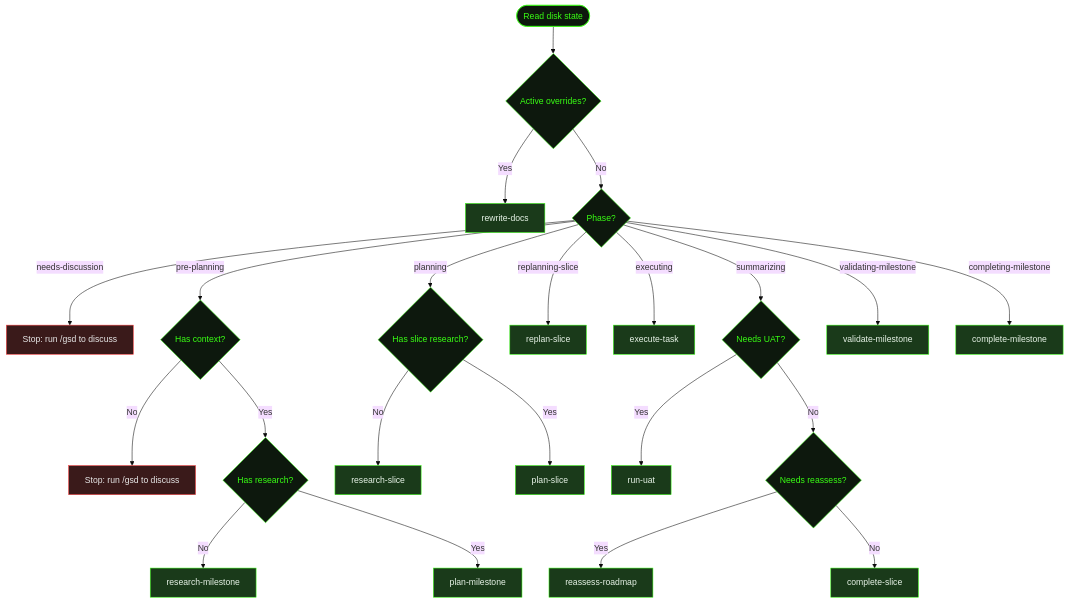
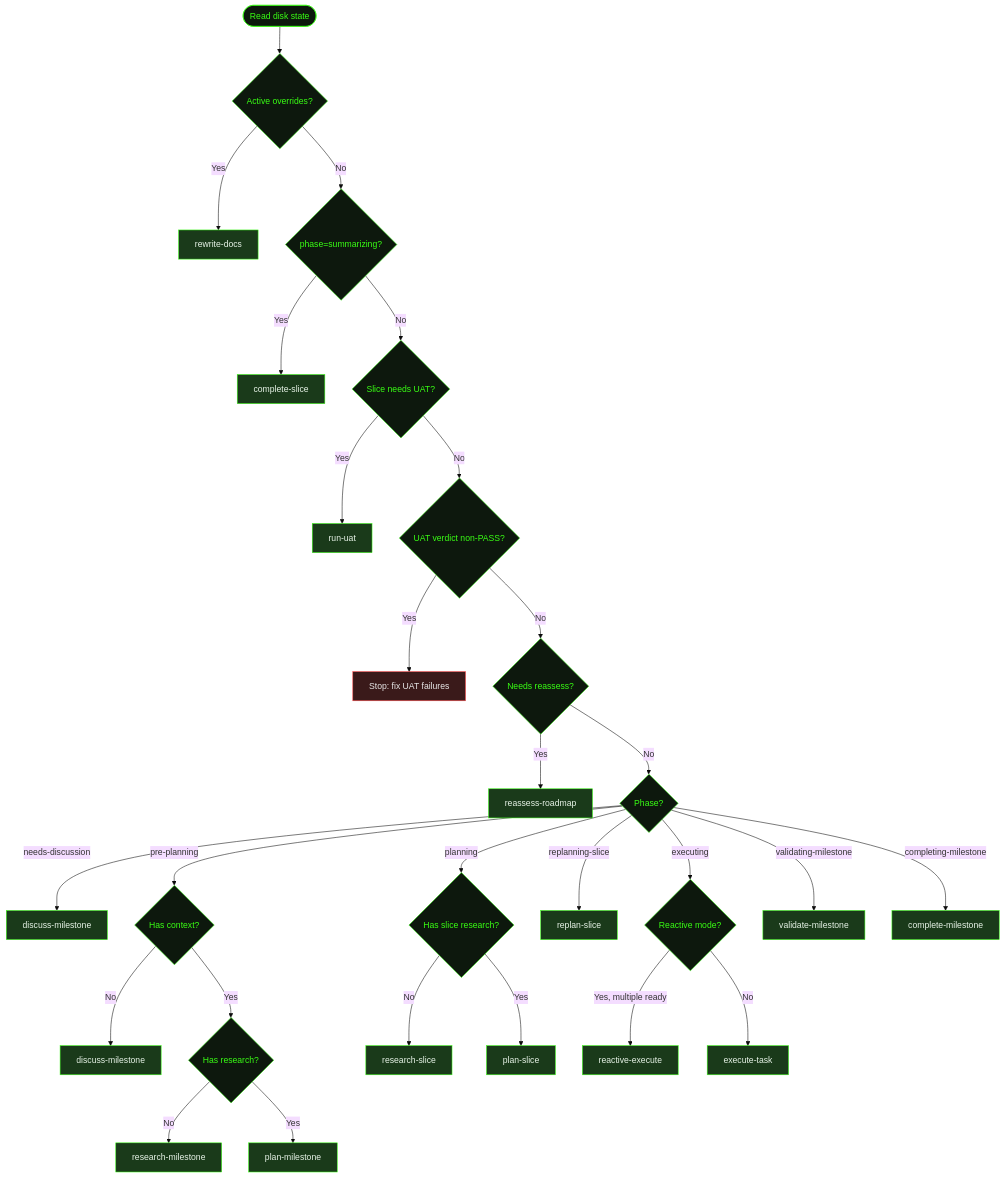
One commit to shusha-group/gsd2-guide changed the second of 2 diagrams in src/content/docs/user-guide/developing-with-gsd.mdx. Above: the diagram before and after it, drawn with Mermaid (base theme). The commit also changed other lines of this file and 79 other files, not shown here.

````diff
--- a/src/content/docs/user-guide/developing-with-gsd.mdx
+++ b/src/content/docs/user-guide/developing-with-gsd.mdx
@@ -295,53 +295,64 @@
 ```mermaid
 flowchart TD
     Start([Read disk state]) --> OG{Active overrides?}
     OG -->|Yes| RD[rewrite-docs]
-    OG -->|No| Check{Phase?}
+    OG -->|No| Sum{phase=summarizing?}
 
-    Check -->|needs-discussion| Stop1[Stop: run /gsd to discuss]
+    Sum -->|Yes| CS[complete-slice]
+    Sum -->|No| UAT{Slice needs UAT?}
+
+    UAT -->|Yes| RU[run-uat]
+    UAT -->|No| UATv{UAT verdict non-PASS?}
+    UATv -->|Yes| StopUAT[Stop: fix UAT failures]
+    UATv -->|No| RA{Needs reassess?}
+    RA -->|Yes| RAss[reassess-roadmap]
+    RA -->|No| Check{Phase?}
+
+    Check -->|needs-discussion| DM[discuss-milestone]
     Check -->|pre-planning| NeedCtx{Has context?}
-    NeedCtx -->|No| Stop2[Stop: run /gsd to discuss]
+    NeedCtx -->|No| DM2[discuss-milestone]
     NeedCtx -->|Yes| NeedRes{Has research?}
     NeedRes -->|No| RM[research-milestone]
     NeedRes -->|Yes| PM[plan-milestone]
 
     Check -->|planning| SR{Has slice research?}
     SR -->|No| RS[research-slice]
     SR -->|Yes| PS[plan-slice]
 
     Check -->|replanning-slice| RP[replan-slice]
 
-    Check -->|executing| ET[execute-task]
-
-    Check -->|summarizing| NeedUAT{Needs UAT?}
-    NeedUAT -->|Yes| UAT[run-uat]
-    NeedUAT -->|No| NeedRA{Needs reassess?}
-    NeedRA -->|Yes| RA[reassess-roadmap]
-    NeedRA -->|No| CS[complete-slice]
+    Check -->|executing| Reactive{Reactive mode?}
+    Reactive -->|Yes, multiple ready| RE[reactive-execute]
+    Reactive -->|No| ET[execute-task]
 
     Check -->|validating-milestone| VM[validate-milestone]
     Check -->|completing-milestone| CM[complete-milestone]
 
     style Start fill:#0d180d,stroke:#39ff14,color:#39ff14
     style OG fill:#0d180d,stroke:#39ff14,color:#39ff14
+    style Sum fill:#0d180d,stroke:#39ff14,color:#39ff14
+    style UAT fill:#0d180d,stroke:#39ff14,color:#39ff14
+    style UATv fill:#0d180d,stroke:#39ff14,color:#39ff14
+    style RA fill:#0d180d,stroke:#39ff14,color:#39ff14
     style Check fill:#0d180d,stroke:#39ff14,color:#39ff14
     style NeedCtx fill:#0d180d,stroke:#39ff14,color:#39ff14
     style NeedRes fill:#0d180d,stroke:#39ff14,color:#39ff14
     style SR fill:#0d180d,stroke:#39ff14,color:#39ff14
-    style NeedUAT fill:#0d180d,stroke:#39ff14,color:#39ff14
-    style NeedRA fill:#0d180d,stroke:#39ff14,color:#39ff14
+    style Reactive fill:#0d180d,stroke:#39ff14,color:#39ff14
     style RD fill:#1a3a1a,stroke:#39ff14,color:#e8f4e8
+    style CS fill:#1a3a1a,stroke:#39ff14,color:#e8f4e8
+    style RU fill:#1a3a1a,stroke:#39ff14,color:#e8f4e8
+    style RAss fill:#1a3a1a,stroke:#39ff14,color:#e8f4e8
+    style DM fill:#1a3a1a,stroke:#39ff14,color:#e8f4e8
+    style DM2 fill:#1a3a1a,stroke:#39ff14,color:#e8f4e8
     style RM fill:#1a3a1a,stroke:#39ff14,color:#e8f4e8
     style PM fill:#1a3a1a,stroke:#39ff14,color:#e8f4e8
     style RS fill:#1a3a1a,stroke:#39ff14,color:#e8f4e8
     style PS fill:#1a3a1a,stroke:#39ff14,color:#e8f4e8
     style RP fill:#1a3a1a,stroke:#39ff14,color:#e8f4e8
+    style RE fill:#1a3a1a,stroke:#39ff14,color:#e8f4e8
     style ET fill:#1a3a1a,stroke:#39ff14,color:#e8f4e8
-    style UAT fill:#1a3a1a,stroke:#39ff14,color:#e8f4e8
-    style RA fill:#1a3a1a,stroke:#39ff14,color:#e8f4e8
-    style CS fill:#1a3a1a,stroke:#39ff14,color:#e8f4e8
     style VM fill:#1a3a1a,stroke:#39ff14,color:#e8f4e8
     style CM fill:#1a3a1a,stroke:#39ff14,color:#e8f4e8
-    style Stop1 fill:#3a1a1a,stroke:#ff4444,color:#e8e8e8
-    style Stop2 fill:#3a1a1a,stroke:#ff4444,color:#e8e8e8
+    style StopUAT fill:#3a1a1a,stroke:#ff4444,color:#e8e8e8
 ```
````
